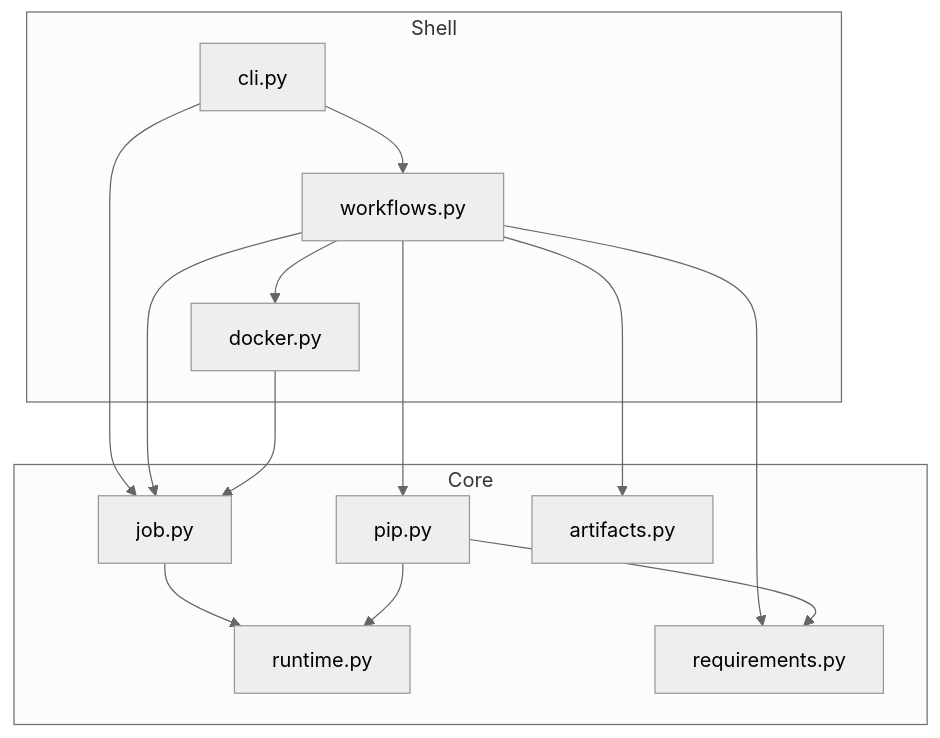
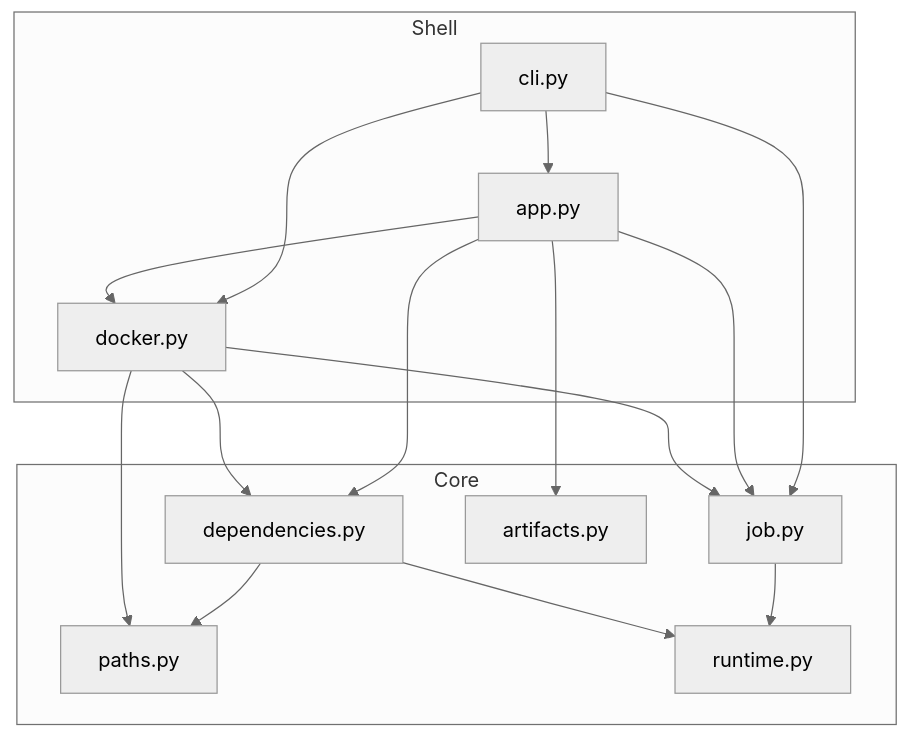
The diagram in docs/architecture.md (HH-MWB/aws-glue-toolkit), drawn with Mermaid (neutral theme) before and after one commit. The commit also changed other lines of this file and 12 other files, not shown here.

Commit message:
refactor: consolidate deps pipeline and replace workflows with app

````diff
--- a/docs/architecture.md
+++ b/docs/architecture.md
@@ -46,28 +46,30 @@
 ```mermaid
 flowchart TB
   subgraph core [Core]
+    paths[paths.py]
     runtime[runtime.py]
     job[job.py]
-    requirements[requirements.py]
-    pip[pip.py]
+    dependencies[dependencies.py]
     artifacts[artifacts.py]
   end
 
   subgraph shell [Shell]
     docker[docker.py]
-    workflows[workflows.py]
+    app[app.py]
     cli[cli.py]
   end
 
-  cli --> workflows
+  cli --> app
+  cli --> docker
   cli --> job
-  workflows --> job
-  workflows --> pip
-  workflows --> requirements
-  workflows --> artifacts
-  workflows --> docker
+  app --> job
+  app --> dependencies
+  app --> artifacts
+  app --> docker
   job --> runtime
-  pip --> runtime
-  pip --> requirements
+  dependencies --> runtime
+  dependencies --> paths
+  docker --> paths
+  docker --> dependencies
   docker --> job
 ```
````
